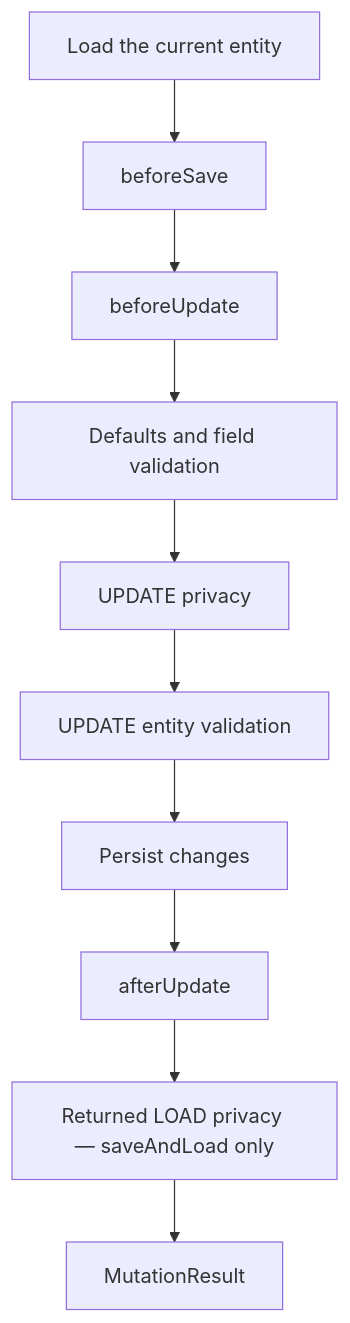
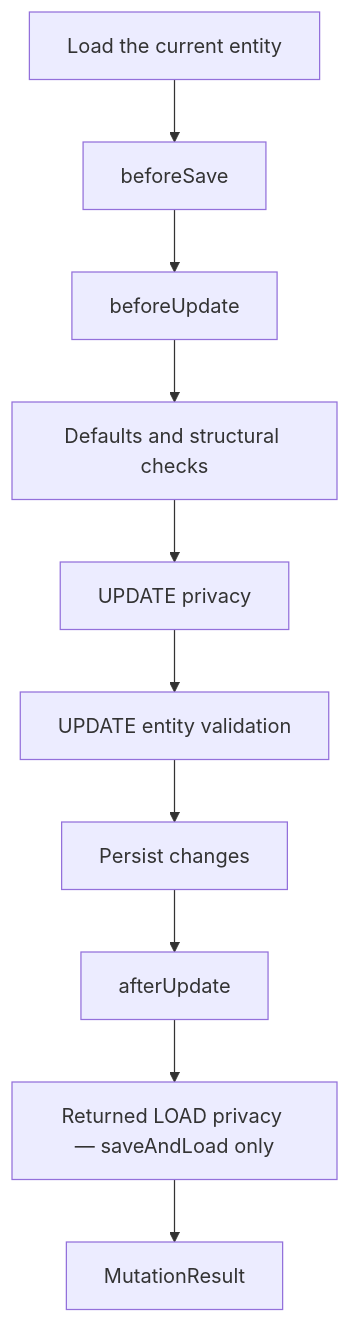
The third of 6 diagrams in docs/operation-lifecycle.md (CaseyMcGuire/EntKt), drawn with Mermaid before and after one commit. The commit also changed other lines of this file and 41 other files, not shown here.

Commit message:
Move field validation from schemas to client policies

````diff
--- a/docs/operation-lifecycle.md
+++ b/docs/operation-lifecycle.md
@@ -167,12 +166,12 @@
 ```mermaid
 flowchart TD
     current["Load the current entity"] --> beforeSave["beforeSave"]
     beforeSave --> beforeUpdate["beforeUpdate"]
-    beforeUpdate --> fields["Defaults and field validation"]
+    beforeUpdate --> fields["Defaults and structural checks"]
     fields --> privacy["UPDATE privacy"]
     privacy --> validation["UPDATE entity validation"]
     validation --> update["Persist changes"]
     update --> after["afterUpdate"]
     after --> load["Returned LOAD privacy — saveAndLoad only"]
     load --> result["MutationResult"]
 ```
````
